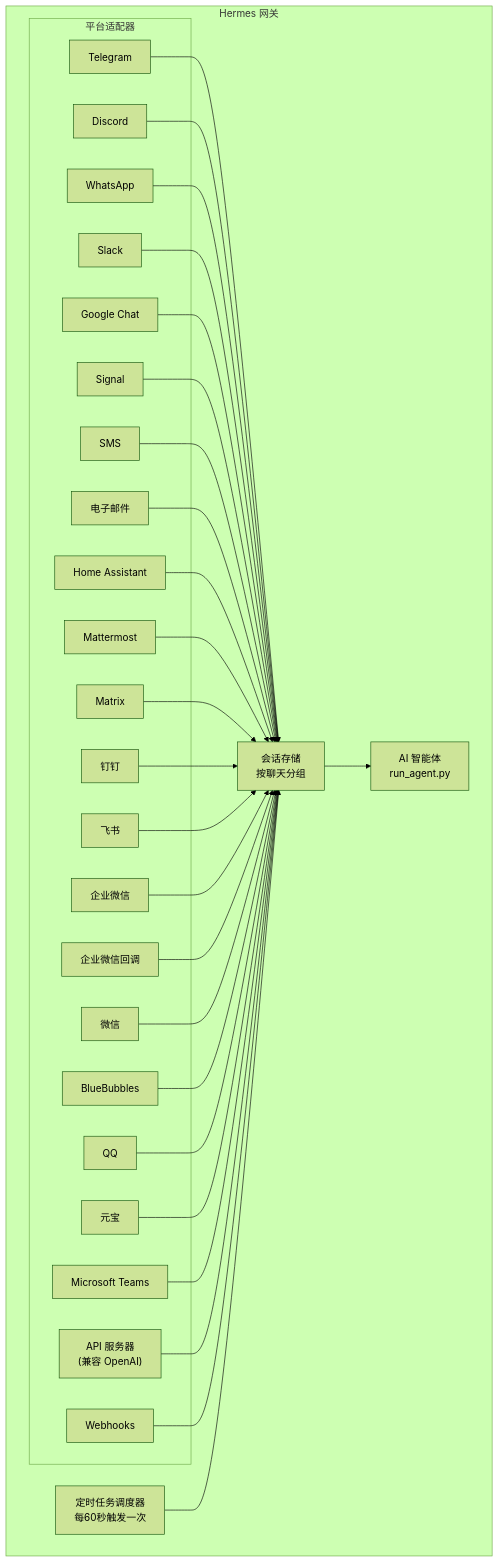
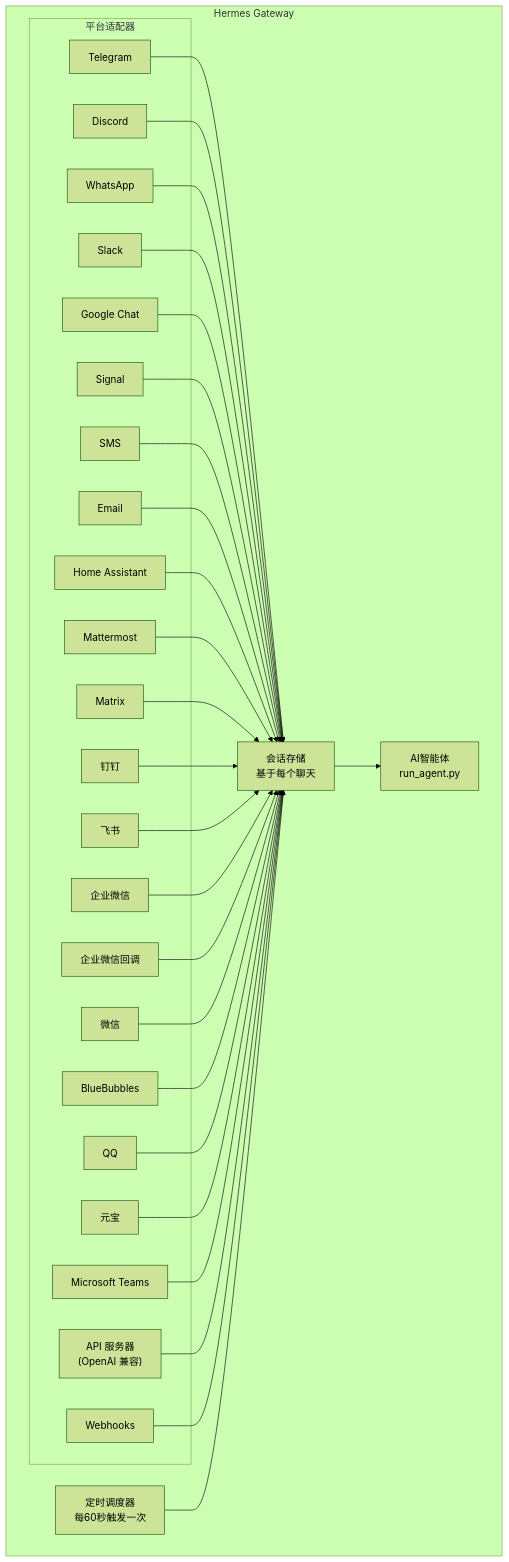
One commit to renxia/hermes-agent-docs changed the diagram in i18n/zh-CN/docusaurus-plugin-content-docs/current/user-guide/messaging/index.md. Above: the diagram before and after it, drawn with Mermaid (forest theme). The commit also changed other lines of this file and 332 other files, not shown here.

````diff
--- a/i18n/zh-CN/docusaurus-plugin-content-docs/current/user-guide/messaging/index.md
+++ b/i18n/zh-CN/docusaurus-plugin-content-docs/current/user-guide/messaging/index.md
@@ -44,58 +48,58 @@
 ```mermaid
 flowchart TB
-    subgraph Gateway["Hermes 网关"]
+    subgraph Gateway["Hermes Gateway"]
         subgraph Adapters["平台适配器"]
             tg[Telegram]
             dc[Discord]
             wa[WhatsApp]
             sl[Slack]
             gc[Google Chat]
             sig[Signal]
             sms[SMS]
-            em[电子邮件]
+            em[Email]
             ha[Home Assistant]
             mm[Mattermost]
             mx[Matrix]
             dt[钉钉]
     fs[飞书]
     wc[企业微信]
     wcb[企业微信回调]
     wx[微信]
     bb[BlueBubbles]
     qq[QQ]
     yb[元宝]
     ms[Microsoft Teams]
-    api["API 服务器<br/>(兼容 OpenAI)"]
+    api["API 服务器<br/>(OpenAI 兼容)"]
     wh[Webhooks]
         end
 
-        store["会话存储<br/>按聊天分组"]
-        agent["AI 智能体<br/>run_agent.py"]
-        cron["定时任务调度器<br/>每60秒触发一次"]
+        store["会话存储<br/>基于每个聊天"]
+        agent["AI智能体<br/>run_agent.py"]
+        cron["定时调度器<br/>每60秒触发一次"]
     end
 
     tg --> store
     dc --> store
     wa --> store
     sl --> store
     gc --> store
     sig --> store
     sms --> store
     em --> store
     ha --> store
     mm --> store
     mx --> store
     dt --> store
     fs --> store
     wc --> store
     wcb --> store
     wx --> store
     bb --> store
     qq --> store
     yb --> store
     ms --> store
     api --> store
     wh --> store
     store --> agent
     cron --> store
 ```
````
